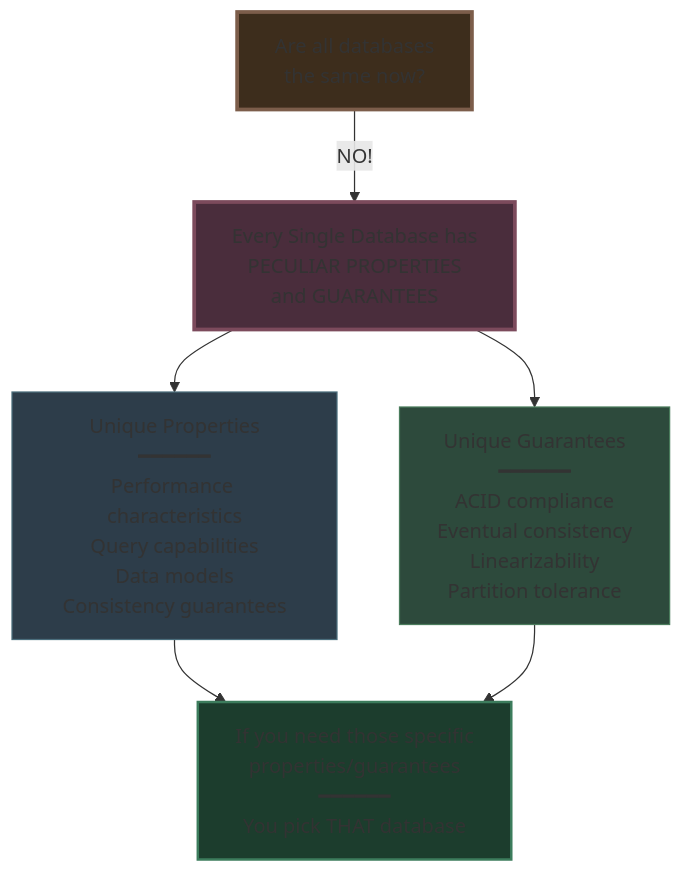
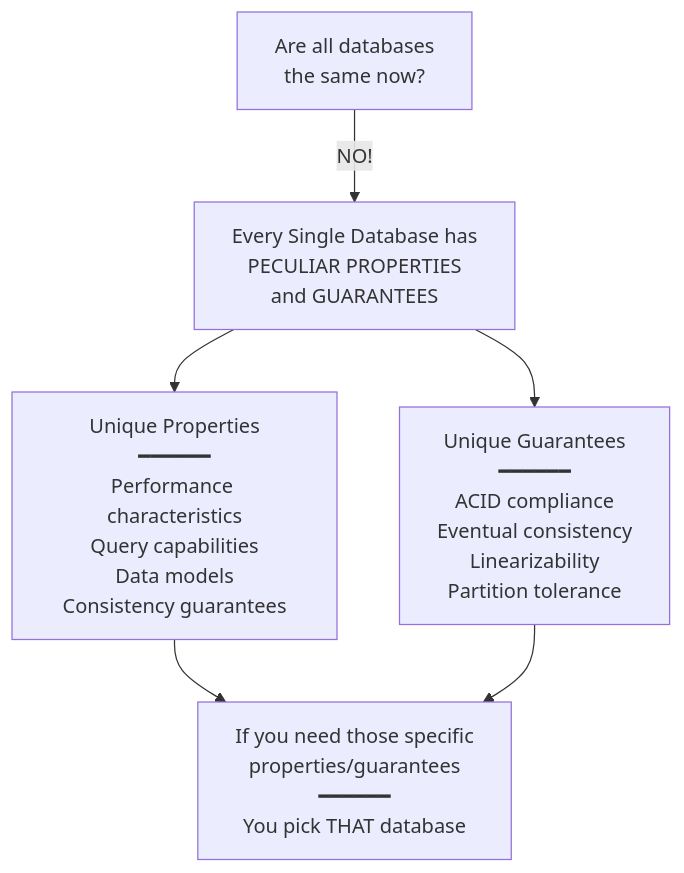
Before and after one commit to Yash-Kavaiya/The-System-Design-Masterclass: the sixth of 21 diagrams in system design beginner/10. Picking the right database.md, drawn with Mermaid. The commit also changed other lines of this file, not shown here.

````diff
--- a/system design beginner/10. Picking the right database.md
+++ b/system design beginner/10. Picking the right database.md
@@ -209,21 +189,16 @@
 ```mermaid
 graph TB
     Q[Are all databases<br/>the same now?]
     
     Q -->|NO!| DIFF[Every Single Database has<br/>PECULIAR PROPERTIES<br/>and GUARANTEES]
     
     DIFF --> PROP[Unique Properties<br/>━━━━━━<br/>Performance characteristics<br/>Query capabilities<br/>Data models<br/>Consistency guarantees]
     
     DIFF --> GUAR[Unique Guarantees<br/>━━━━━━<br/>ACID compliance<br/>Eventual consistency<br/>Linearizability<br/>Partition tolerance]
     
     DECISION[If you need those specific<br/>properties/guarantees<br/>━━━━━━<br/>You pick THAT database]
     
     PROP --> DECISION
     GUAR --> DECISION
     
-    style Q fill:#3d2d1c,stroke:#7c5d4a,stroke-width:3px
-    style DIFF fill:#4a2d3c,stroke:#7c4a5c,stroke-width:3px
-    style PROP fill:#2d3d4a,stroke:#4a6d7c
-    style GUAR fill:#2d4a3c,stroke:#4a7c5c
-    style DECISION fill:#1c3d2d,stroke:#3c7c5c,stroke-width:2px
 ```
````
